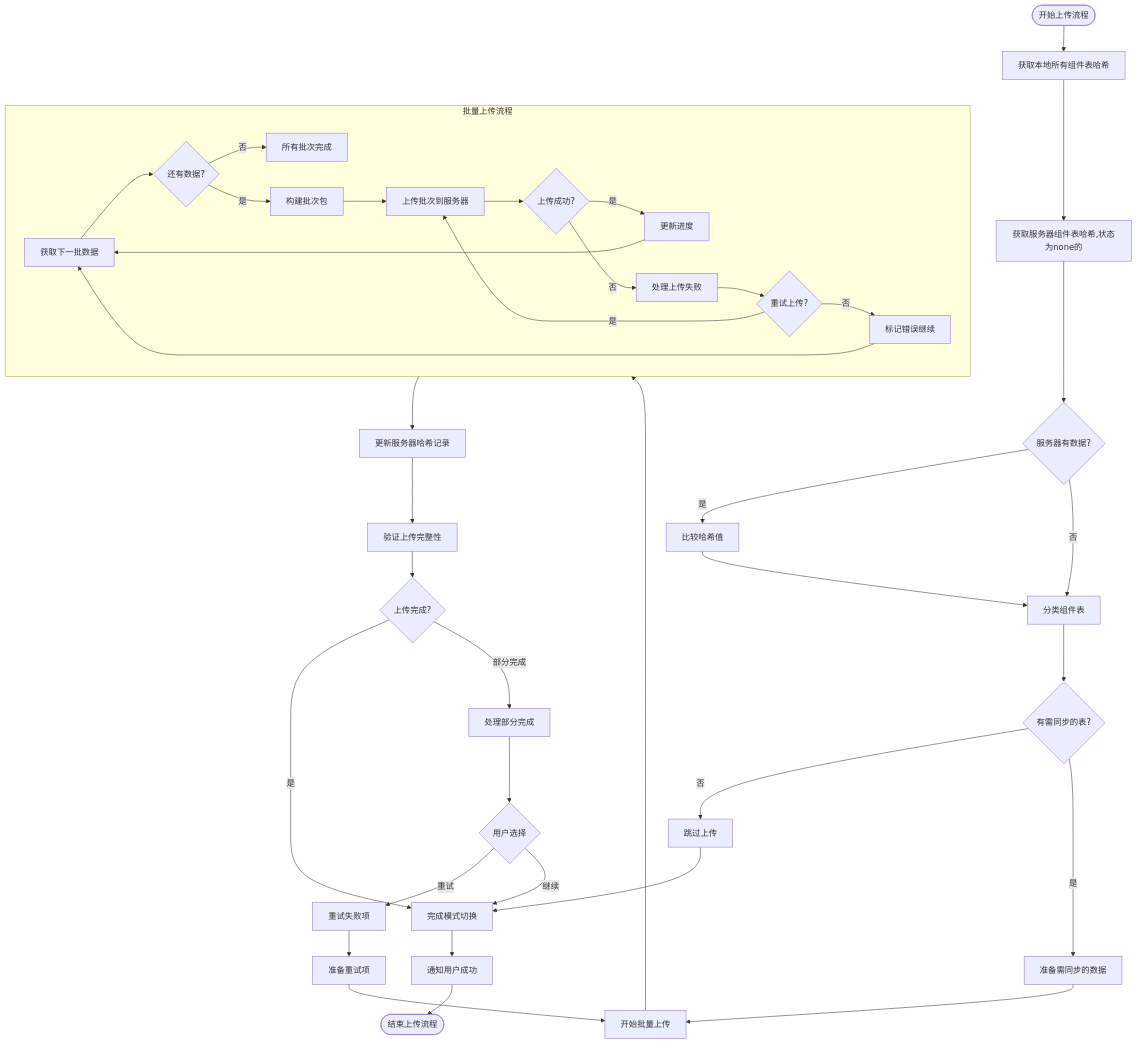
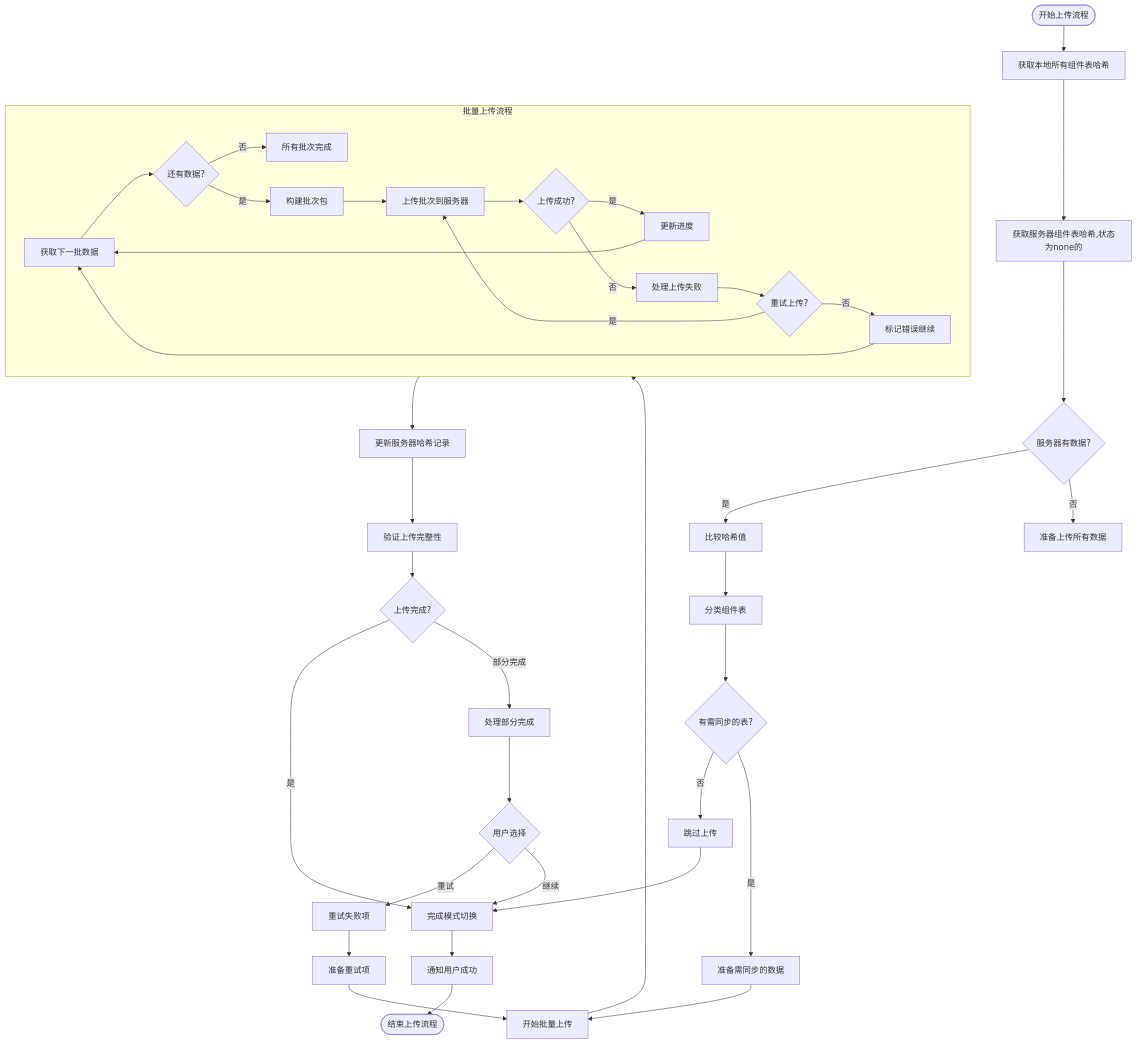
One commit to yingjianzh/iodraw-files changed the diagram in all/未命名-50.md. Above: the diagram before and after it, drawn with Mermaid.

Commit message:
2025-05-08 17:10:45 update

````diff
--- a/all/未命名-50.md
+++ b/all/未命名-50.md
@@ -1,55 +1,55 @@
 ```mermaid
 flowchart TD
     Start([开始上传流程]) --> CollectLocalHashes[获取本地所有组件表哈希]
     CollectLocalHashes --> FetchServerHashes[获取服务器组件表哈希,状态为none的]
     
     FetchServerHashes --> ServerHasData{服务器有数据?}
     
     ServerHasData -->|是| CompareHashes[比较哈希值]
-    ServerHasData -->|否| ClassifyTables
+    ServerHasData -->|否| PrepareAllData[准备上传所有数据]
     
     CompareHashes --> ClassifyTables[分类组件表]
     ClassifyTables --> HasChanges{有需同步的表?}
     
     HasChanges -->|否| SkipUpload[跳过上传]
     HasChanges -->|是| PrepareChangedData[准备需同步的数据]
     
     
     PrepareChangedData --> StartBatching[开始批量上传]
     
     subgraph BatchUpload [批量上传流程]
         B1[获取下一批数据] --> B2{还有数据?}
         B2 -->|否| BatchesComplete[所有批次完成]
         B2 -->|是| B3[构建批次包]
         B3 --> B4[上传批次到服务器]
         B4 --> B5{上传成功?}
         B5 -->|是| B6[更新进度]
         B5 -->|否| B7[处理上传失败]
         B7 --> B8{重试上传?}
         B8 -->|是| B4
         B8 -->|否| B9[标记错误继续]
         B6 --> B1
         B9 --> B1
     end
     
     StartBatching --> BatchUpload
     
     BatchUpload --> UpdateServerHashes[更新服务器哈希记录]
     UpdateServerHashes --> VerifyUpload[验证上传完整性]
     
     VerifyUpload --> UploadComplete{上传完成?}
     UploadComplete -->|是| FinalizeMode[完成模式切换]
     UploadComplete -->|部分完成| HandlePartial[处理部分完成]
     
     HandlePartial --> UserChoice{用户选择}
     UserChoice -->|重试| RetryFailed[重试失败项]
     UserChoice -->|继续| FinalizeMode
     
     RetryFailed --> PrepareRetry[准备重试项]
     PrepareRetry --> StartBatching
     
     FinalizeMode --> NotifySuccess[通知用户成功]
     NotifySuccess --> End([结束上传流程])
     
     SkipUpload --> FinalizeMode
 ```
````
